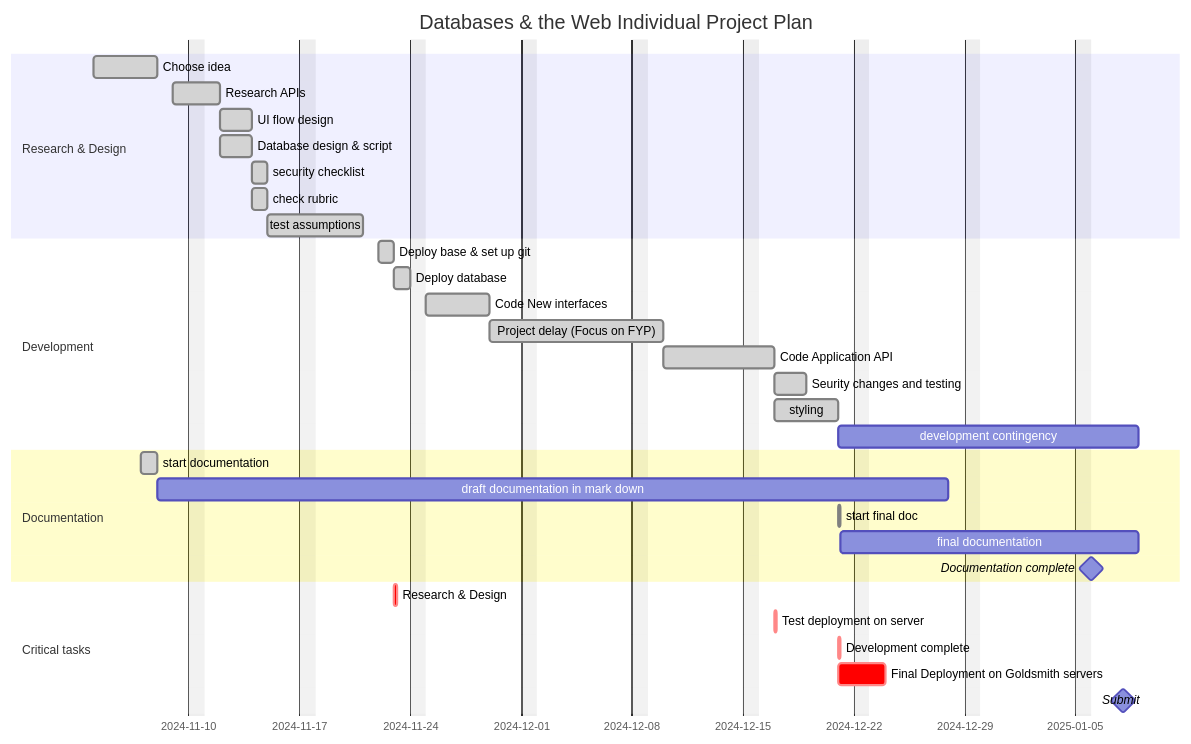
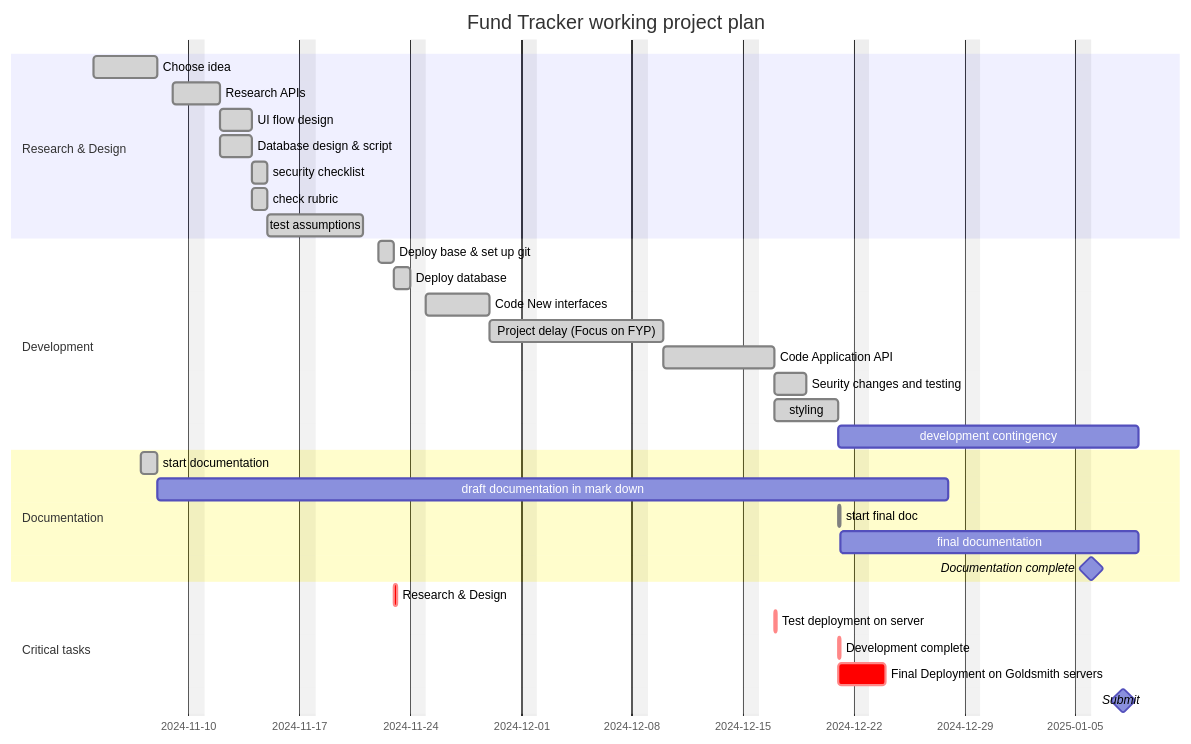
The first of 3 diagrams in documentation/workingplan.md (jbrun001/APIProject), drawn with Mermaid before and after one commit.

````diff
--- a/documentation/workingplan.md
+++ b/documentation/workingplan.md
@@ -2,43 +2,43 @@
 ```mermaid
 
 gantt
     dateFormat  YYYY-MM-DD
-    title       Databases & the Web Individual Project Plan
+    title      Fund Tracker working project plan
     excludes    sunday
     %% (`excludes` accepts specific dates in YYYY-MM-DD format, days of the week ("sunday") or "weekends", but not the word "weekdays".)
 
     section Research & Design
     Choose idea             :done,    rd1, 2024-11-04,2024-11-08
     Research APIs           :done,    rd2, 2024-11-09, 2d
     UI flow design          :done,    rd3, after rd2, 2d
     Database design & script  :done,    rd3d, after rd2, 2d
     security checklist      :done,  rd4, after rd3, 1d
     check rubric            :done,  rd5, after rd3, 1d
     test assumptions        :done, rd6, after rd5, 5d
 
     section Development
     Deploy base & set up git  :done,    d1, 2024-11-22,1d
     Deploy database          :done,    d2, after d1, 1d
     Code New interfaces       :done,    d3, after d2, 4d
     Project delay (Focus on FYP) :done,    delay1, after d3, 9d
     Code Application API      :done,    dd3a, after delay1, 6d
     Seurity changes and testing : done, d4, after dd3a, 2d
     styling                   : done,   d6, after dd3a, 4d
     development contingency           :until doccomplete
 
     section Documentation
     start documentation :done,    d0, 2024-11-07,2024-11-08   
     draft documentation in mark down  :until finaldoc
     start final doc            :done, finaldoc, after d6, 4h
     final documentation :until doccomplete 
     Documentation complete              :milestone, doccomplete, 2025-01-06, 0d
 
     section Critical tasks
     Research & Design                   :crit, after d1, 4h
     Test deployment on server :crit,    dd3c, after dd3a, 4h
     Development complete                :crit, after d6, 4h
     Final Deployment on Goldsmith servers :crit, after d6, 2d
     Submit                              :milestone, 2025-01-08, 0d
 
 
 ```
````
